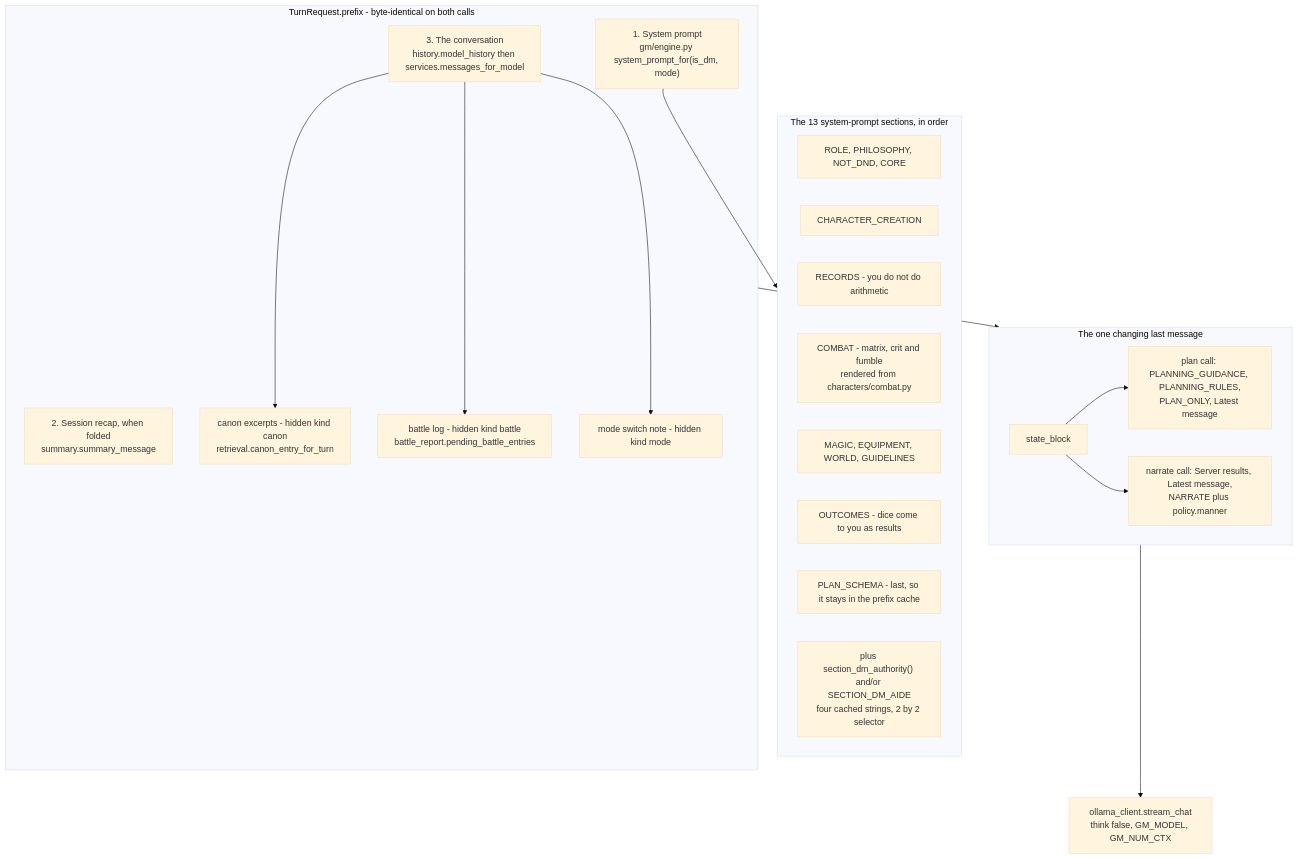
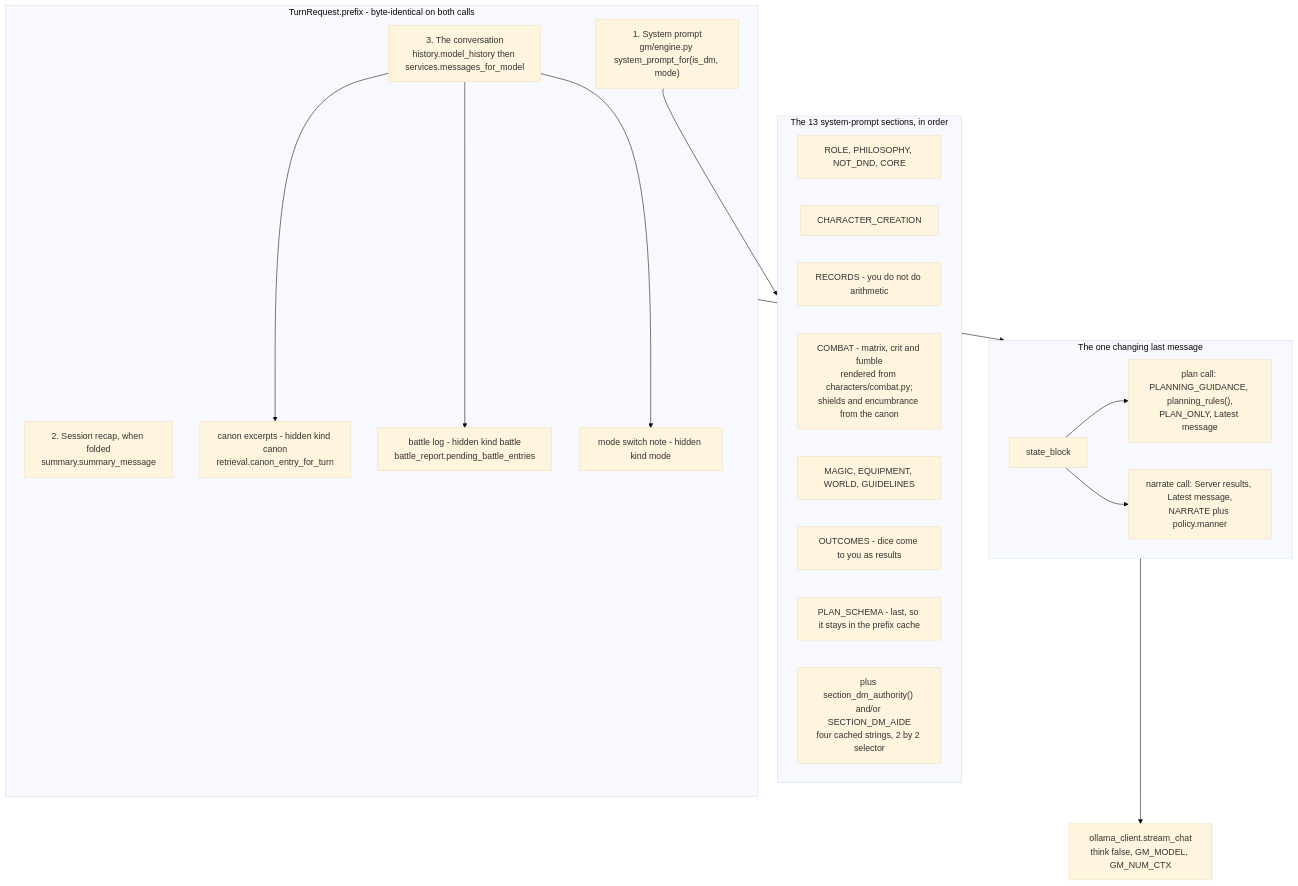
Before and after one commit to smarks/tarmar-studio: diagram 13 of 18 in docs/architecture.md, drawn with Mermaid (base theme). The commit also changed other lines of this file and 9 other files, not shown here.

First line of the commit message:
Build the plan call's rules line from the canon and say in the docs which sentences come from data (#68)

````diff
--- a/docs/architecture.md
+++ b/docs/architecture.md
@@ -1125,37 +1125,37 @@
 ```mermaid
 graph TD
     subgraph prefix["TurnRequest.prefix - byte-identical on both calls"]
         sys["1. System prompt<br/>gm/engine.py system_prompt_for(is_dm, mode)"]
         recap["2. Session recap, when folded<br/>summary.summary_message"]
         hist["3. The conversation<br/>history.model_history then services.messages_for_model"]
         canon["canon excerpts - hidden kind canon<br/>retrieval.canon_entry_for_turn"]
         battlelog["battle log - hidden kind battle<br/>battle_report.pending_battle_entries"]
         modenote["mode switch note - hidden kind mode"]
         hist --> canon
         hist --> battlelog
         hist --> modenote
     end
 
     subgraph sections["The 13 system-prompt sections, in order"]
         s1["ROLE, PHILOSOPHY, NOT_DND, CORE"]
         s2["CHARACTER_CREATION"]
         s3["RECORDS - you do not do arithmetic"]
-        s4["COMBAT - matrix, crit and fumble<br/>rendered from characters/combat.py"]
+        s4["COMBAT - matrix, crit and fumble<br/>rendered from characters/combat.py;<br/>shields and encumbrance from the canon"]
         s5["MAGIC, EQUIPMENT, WORLD, GUIDELINES"]
         s6["OUTCOMES - dice come to you as results"]
         s7["PLAN_SCHEMA - last, so it stays in the prefix cache"]
         addenda["plus section_dm_authority() and/or SECTION_DM_AIDE<br/>four cached strings, 2 by 2 selector"]
     end
     sys --> sections
 
     subgraph last["The one changing last message"]
         sb["state_block"]
-        planm["plan call: PLANNING_GUIDANCE, PLANNING_RULES,<br/>PLAN_ONLY, Latest message"]
+        planm["plan call: PLANNING_GUIDANCE, planning_rules(),<br/>PLAN_ONLY, Latest message"]
         narrm["narrate call: Server results, Latest message,<br/>NARRATE plus policy.manner"]
         sb --> planm
         sb --> narrm
     end
 
     prefix --> last
     last --> ollama["ollama_client.stream_chat<br/>think false, GM_MODEL, GM_NUM_CTX"]
 ```
````
